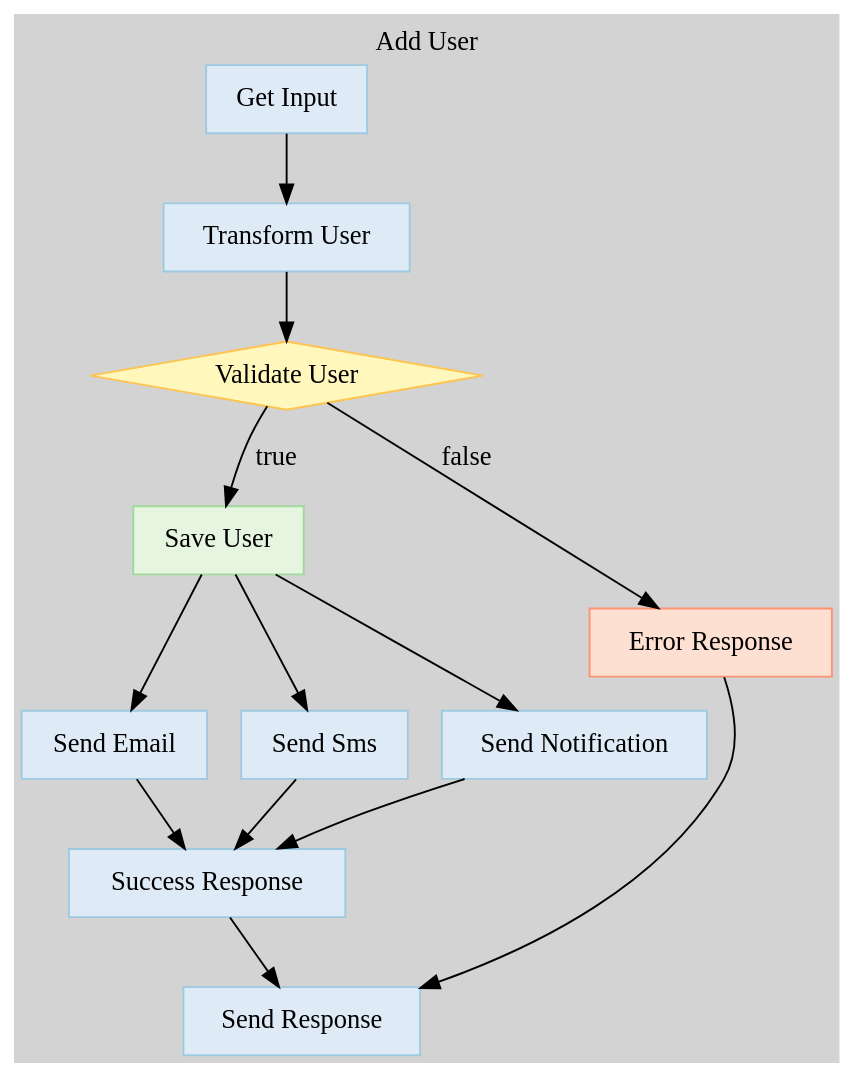
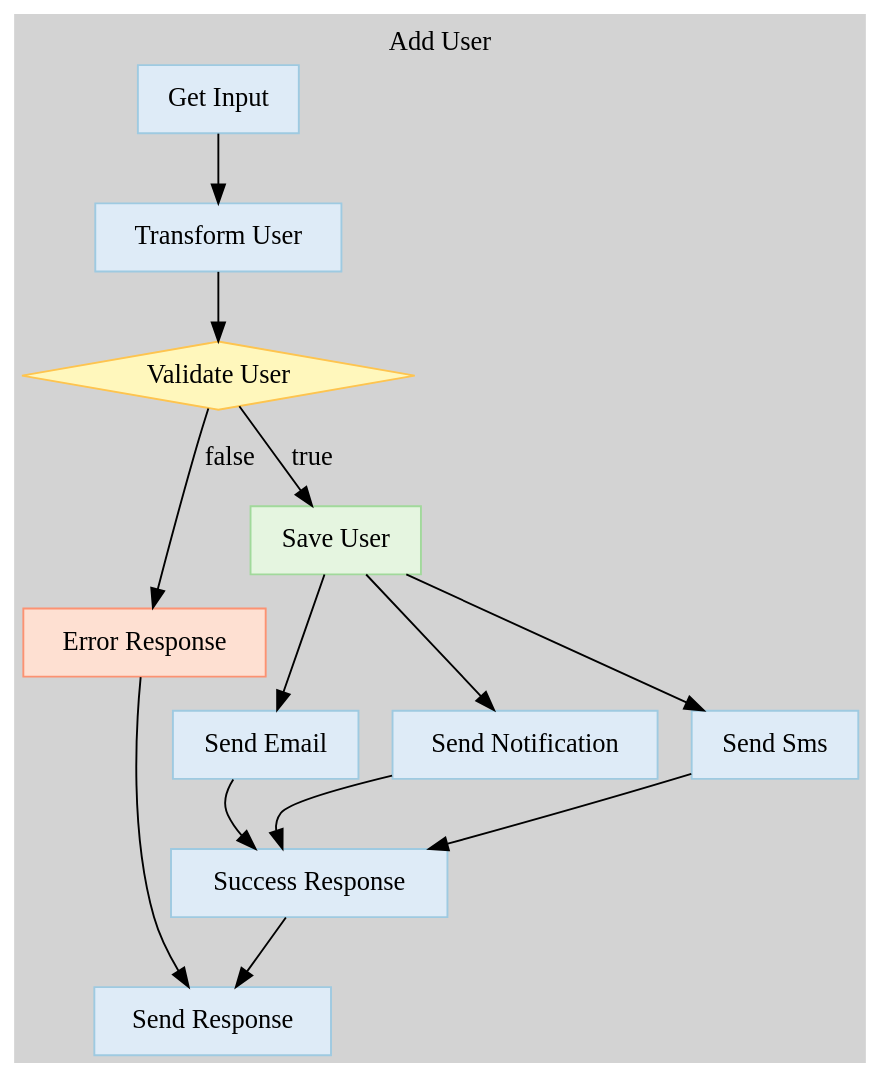
One commit to suryakoinworks/flow-graph changed the diagram in add-user.gv. Above: the diagram before and after it, drawn with Graphviz. The commit also changed other lines of this file and 3 other files, not shown here.

```diff
--- a/add-user.gv
+++ b/add-user.gv
@@ -1,54 +1,54 @@
 strict digraph {
 
 	bgcolor="lightgrey";
 
 	label="Add User";
 
 	labelloc="t";
 
 
-	"Get Input" [ color="2", colorscheme="blues3", fillcolor="1", shape="rectangle", style="filled",  weight=0 ];
+	"Send Email" [ color="2", colorscheme="blues3", fillcolor="1", shape="rectangle", style="filled",  weight=0 ];
 
-	"Get Input" -> "Transform User" [  weight=0 ];
+	"Send Email" -> "Success Response" [  weight=0 ];
+
+	"Send Response" [ color="2", colorscheme="blues3", fillcolor="1", shape="rectangle", style="filled",  weight=0 ];
 
 	"Validate User" [ color="2", colorscheme="ylorbr3", fillcolor="1", shape="diamond", style="filled",  weight=0 ];
 
+	"Validate User" -> "Error Response" [ label="false",  weight=0 ];
+
 	"Validate User" -> "Save User" [ label="true",  weight=0 ];
-
-	"Validate User" -> "Error Response" [ label="false",  weight=0 ];
 
 	"Error Response" [ color="2", colorscheme="reds3", fillcolor="1", shape="rectangle", style="filled",  weight=0 ];
 
 	"Error Response" -> "Send Response" [  weight=0 ];
 
+	"Get Input" [ color="2", colorscheme="blues3", fillcolor="1", shape="rectangle", style="filled",  weight=0 ];
+
+	"Get Input" -> "Transform User" [  weight=0 ];
+
+	"Send Notification" [ color="2", colorscheme="blues3", fillcolor="1", shape="rectangle", style="filled",  weight=0 ];
+
+	"Send Notification" -> "Success Response" [  weight=0 ];
+
+	"Send Sms" [ color="2", colorscheme="blues3", fillcolor="1", shape="rectangle", style="filled",  weight=0 ];
+
+	"Send Sms" -> "Success Response" [  weight=0 ];
+
 	"Transform User" [ color="2", colorscheme="blues3", fillcolor="1", shape="rectangle", style="filled",  weight=0 ];
 
 	"Transform User" -> "Validate User" [  weight=0 ];
-
-	"Send Email" [ color="2", colorscheme="blues3", fillcolor="1", shape="rectangle", style="filled",  weight=0 ];
-
-	"Send Email" -> "Success Response" [  weight=0 ];
 
 	"Save User" [ color="2", colorscheme="greens3", fillcolor="1", shape="rectangle", style="filled",  weight=0 ];
 
 	"Save User" -> "Send Sms" [  weight=0 ];
 
 	"Save User" -> "Send Notification" [  weight=0 ];
 
 	"Save User" -> "Send Email" [  weight=0 ];
 
-	"Send Notification" [ color="2", colorscheme="blues3", fillcolor="1", shape="rectangle", style="filled",  weight=0 ];
-
-	"Send Notification" -> "Success Response" [  weight=0 ];
-
-	"Send Response" [ color="2", colorscheme="blues3", fillcolor="1", shape="rectangle", style="filled",  weight=0 ];
-
-	"Send Sms" [ color="2", colorscheme="blues3", fillcolor="1", shape="rectangle", style="filled",  weight=0 ];
-
-	"Send Sms" -> "Success Response" [  weight=0 ];
-
 	"Success Response" [ color="2", colorscheme="blues3", fillcolor="1", shape="rectangle", style="filled",  weight=0 ];
 
 	"Success Response" -> "Send Response" [  weight=0 ];
 
 }
```
